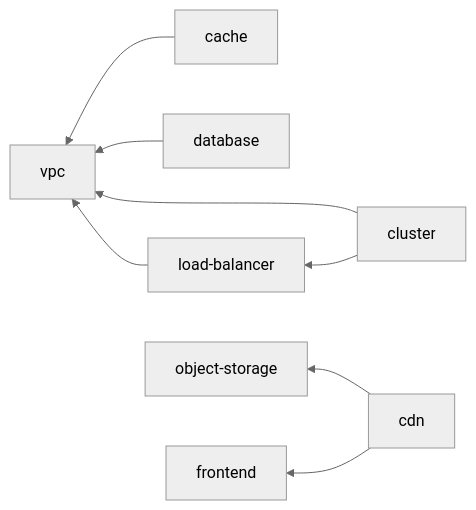
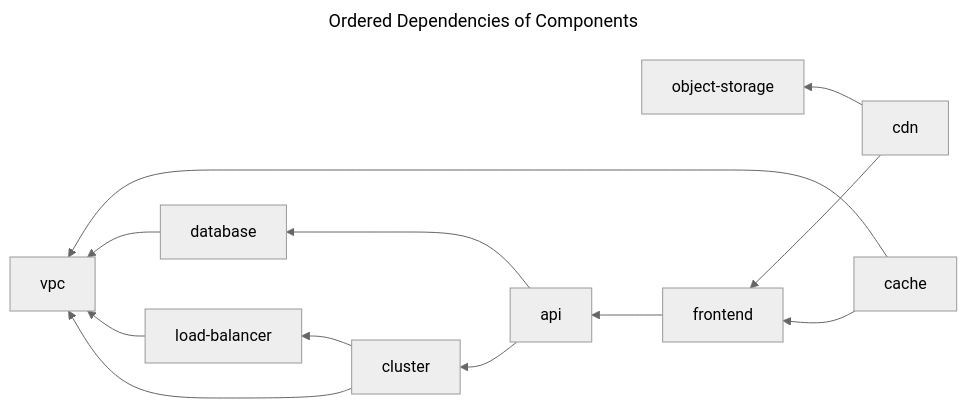
Before and after one commit to cloudposse-examples/infra-demo-atmos-pro: the diagram in README.md, drawn with Mermaid (neutral theme). The commit also changed 1 other file, not shown here.

Commit message:
updated mermaid

````diff
--- a/README.md
+++ b/README.md
@@ -65,10 +65,18 @@
 ```mermaid
+---
+title: Ordered Dependencies of Components
+---
+
 graph RL;
     cache --> vpc
     database --> vpc
     load-balancer --> vpc
     cluster --> vpc
     cluster --> load-balancer
     cdn --> object-storage
     cdn --> frontend
+    cache --> frontend
+    api --> database
+    api --> cluster
+    frontend --> api
 ```
````
